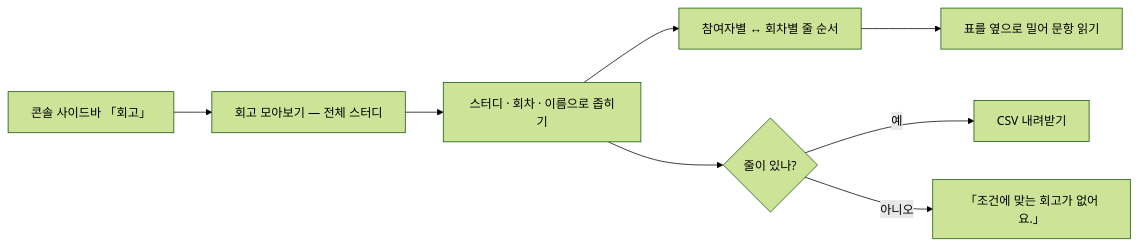
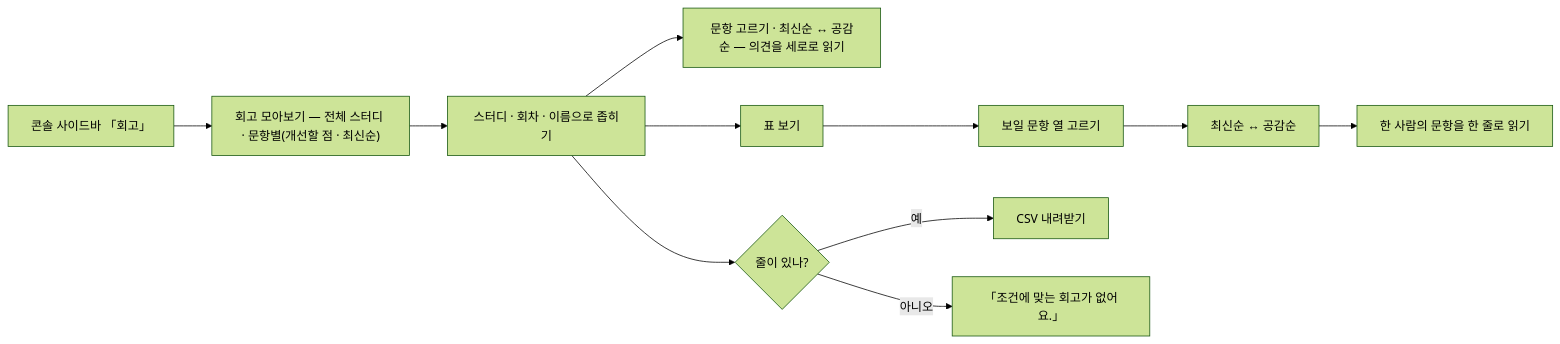
Before and after one commit to StudyClub-PlusPlus/studyclub-engineering: the diagram in 01-planning/stories/captain-collect-meeting-retros/PRD.md, drawn with Mermaid (forest theme). The commit also changed other lines of this file and 32 other files, not shown here.

First line of the commit message:
proto: 스터디 미팅 회고 후속 — 시간대 · 회고 탭 정리 · 콘솔 회고 탭 · 모아보기 문항별/표 (#535)

````diff
--- a/01-planning/stories/captain-collect-meeting-retros/PRD.md
+++ b/01-planning/stories/captain-collect-meeting-retros/PRD.md
@@ -11,10 +11,13 @@
 ```mermaid
 flowchart LR
-  A["콘솔 사이드바 「회고」"] --> B["회고 모아보기 — 전체 스터디"]
+  A["콘솔 사이드바 「회고」"] --> B["회고 모아보기 — 전체 스터디 · 문항별(개선할 점 · 최신순)"]
   B --> C["스터디 · 회차 · 이름으로 좁히기"]
-  C --> D["참여자별 ↔ 회차별 줄 순서"]
-  D --> E["표를 옆으로 밀어 문항 읽기"]
+  C --> Q["문항 고르기 · 최신순 ↔ 공감순 — 의견을 세로로 읽기"]
+  C --> T["표 보기"]
+  T --> K["보일 문항 열 고르기"]
+  K --> D["최신순 ↔ 공감순"]
+  D --> E["한 사람의 문항을 한 줄로 읽기"]
   C --> F{"줄이 있나?"}
   F -->|예| G["CSV 내려받기"]
   F -->|아니오| H["「조건에 맞는 회고가 없어요.」"]
 ```
````
